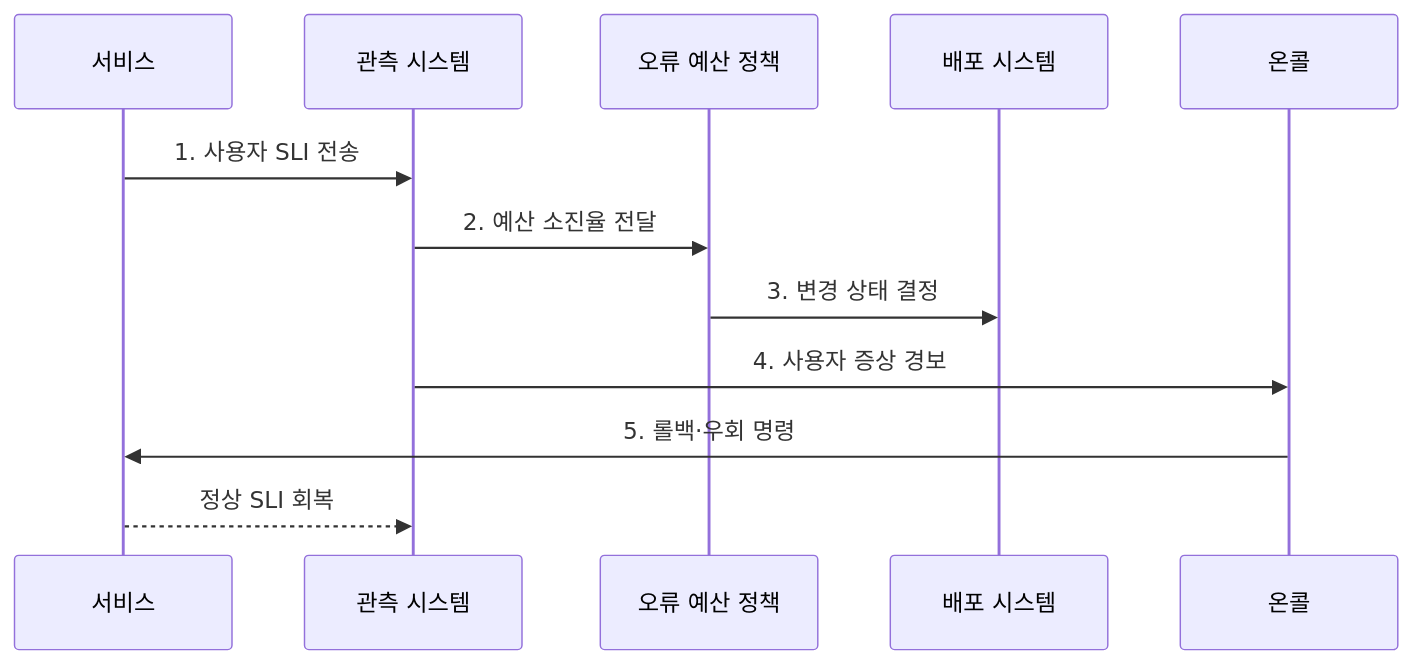
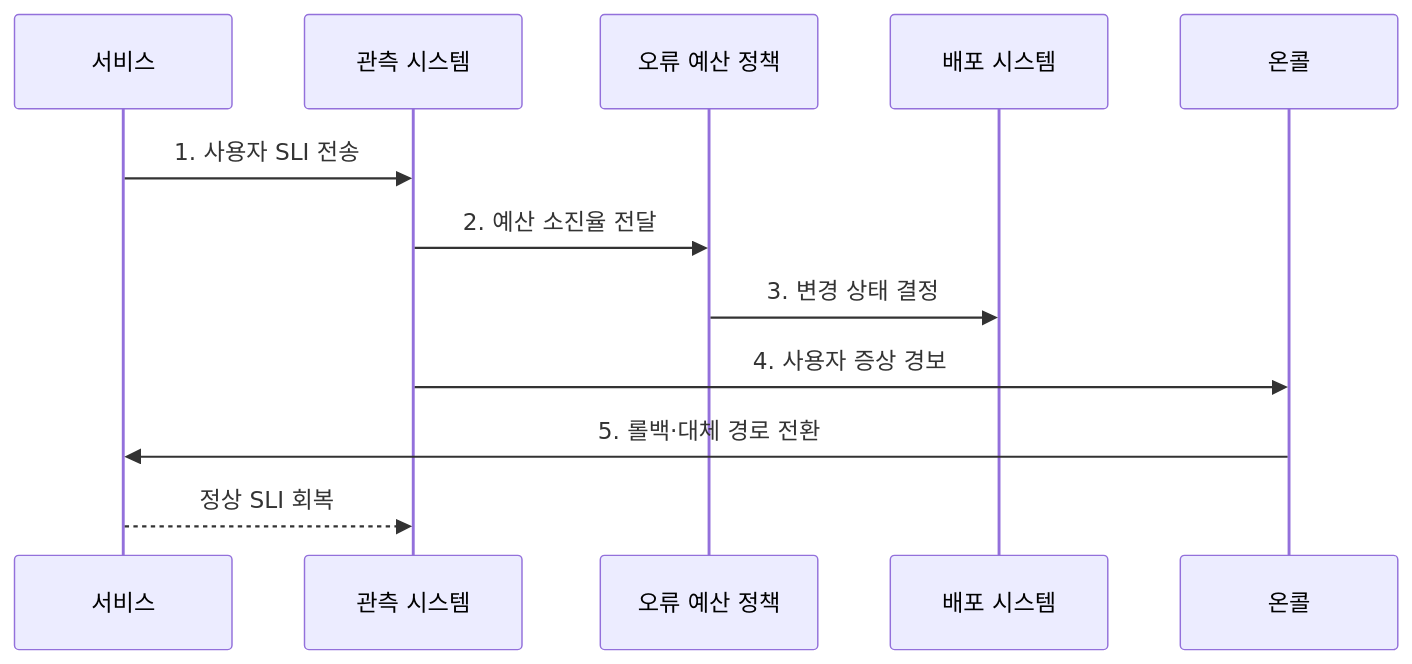
Before and after one commit to agnusdei1207/knowledge-base: the second of 2 diagrams in src/content/docs/notes/03-software/164_site_reliability_engineering.md, drawn with Mermaid. The commit also changed other lines of this file and 8 other files, not shown here.

````diff
--- a/src/content/docs/notes/03-software/164_site_reliability_engineering.md
+++ b/src/content/docs/notes/03-software/164_site_reliability_engineering.md
@@ -82,14 +82,14 @@
 ```mermaid
 sequenceDiagram
     participant S as 서비스
     participant M as 관측 시스템
     participant P as 오류 예산 정책
     participant D as 배포 시스템
     participant O as 온콜
     S->>M: 1. 사용자 SLI 전송
     M->>P: 2. 예산 소진율 전달
     P->>D: 3. 변경 상태 결정
     M->>O: 4. 사용자 증상 경보
-    O->>S: 5. 롤백·우회 명령
+    O->>S: 5. 롤백·대체 경로 전환
     S-->>M: 정상 SLI 회복
 ```
````
